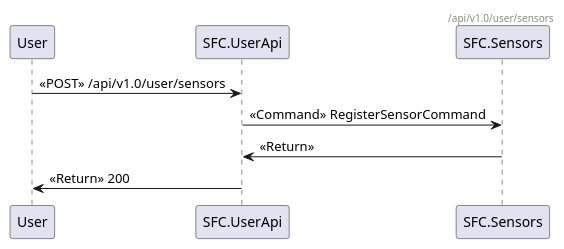
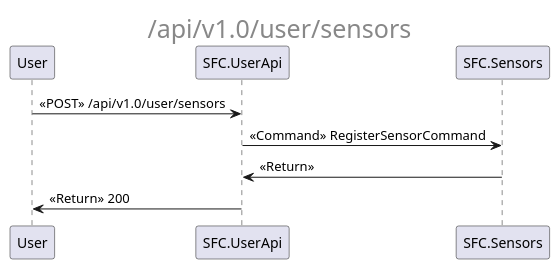
One commit to mr0zek/SmogFightClub changed the diagram in docs/ArchitectureDocumentation/_api_v1.0_user_sensors.puml. Above: the diagram before and after it, drawn with PlantUML. The commit also changed 9 other files, not shown here.

```diff
--- a/docs/ArchitectureDocumentation/_api_v1.0_user_sensors.puml
+++ b/docs/ArchitectureDocumentation/_api_v1.0_user_sensors.puml
@@ -1,7 +1,7 @@
 @startuml
-header /api/v1.0/user/sensors
+center header <font size=25>/api/v1.0/user/sensors</font>
 User -> SFC.UserApi : <<POST>> /api/v1.0/user/sensors
 SFC.UserApi -> SFC.Sensors : <<Command>> RegisterSensorCommand
 SFC.Sensors -> SFC.UserApi : <<Return>> 
 SFC.UserApi -> User: <<Return>> 200
 @enduml
```
